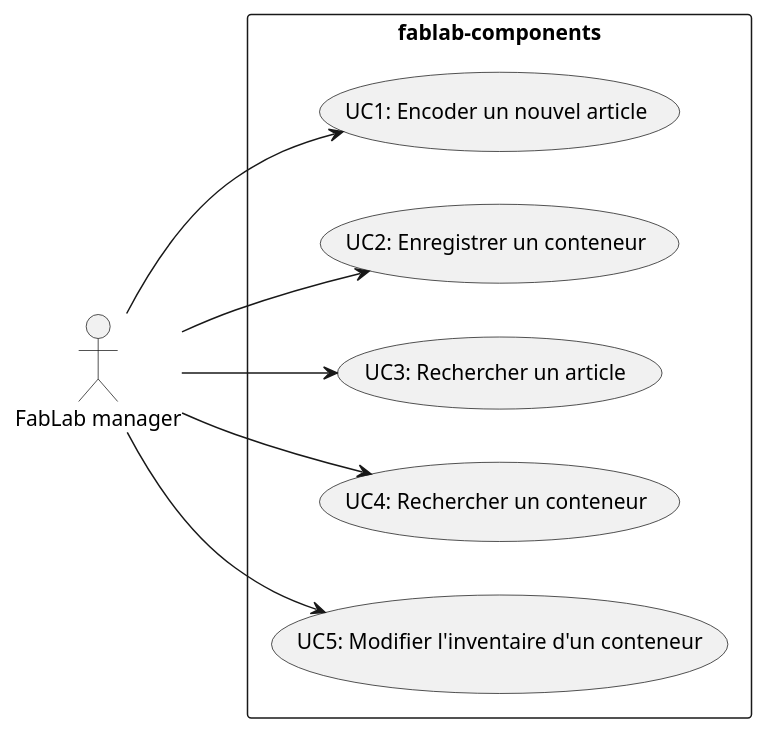
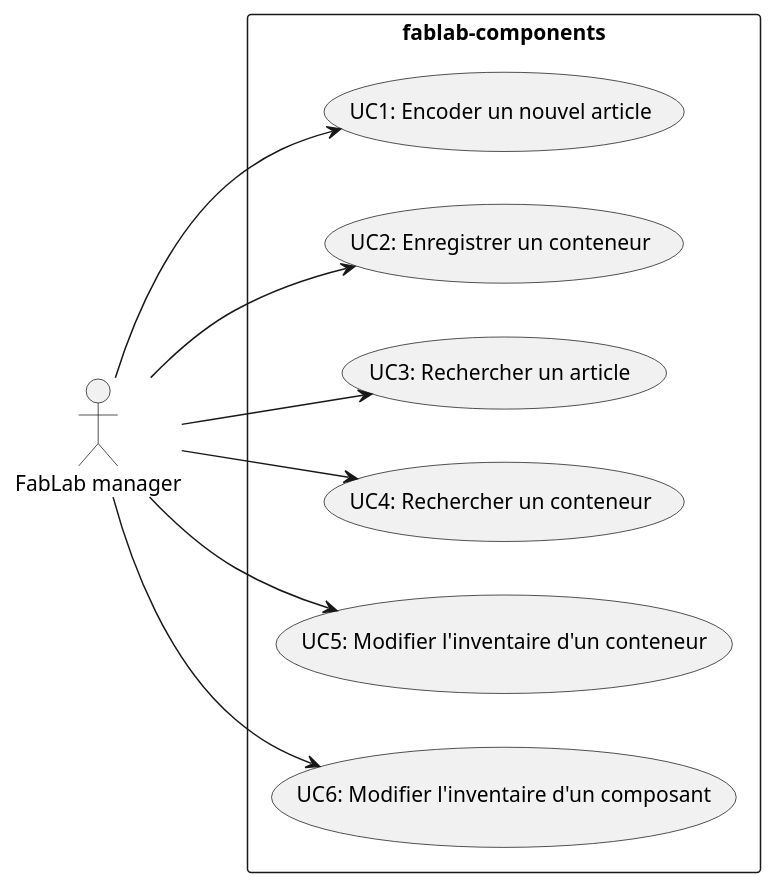
One commit to IEPSCF-Uccle-PROJWEB2-S1-2021/fablab-components changed the diagram in docs/use_cases.puml. Above: the diagram before and after it, drawn with PlantUML. The commit also changed 7 other files, not shown here.

```diff
--- a/docs/use_cases.puml
+++ b/docs/use_cases.puml
@@ -1,20 +1,22 @@
 @startuml usecases
 left to right direction
 
 actor "FabLab manager" as manager
 
 rectangle "fablab-components" {
   (UC1: Encoder un nouvel article) as UC1
   (UC2: Enregistrer un conteneur) as UC2
   (UC3: Rechercher un article) as UC3
   (UC4: Rechercher un conteneur) as UC4
   (UC5: Modifier l'inventaire d'un conteneur) as UC5
+  (UC6: Modifier l'inventaire d'un composant) as UC6
 }
 
 manager --> UC1
 manager --> UC2
 manager --> UC3
 manager --> UC4
 manager --> UC5
+manager --> UC6
 
 @enduml
```
